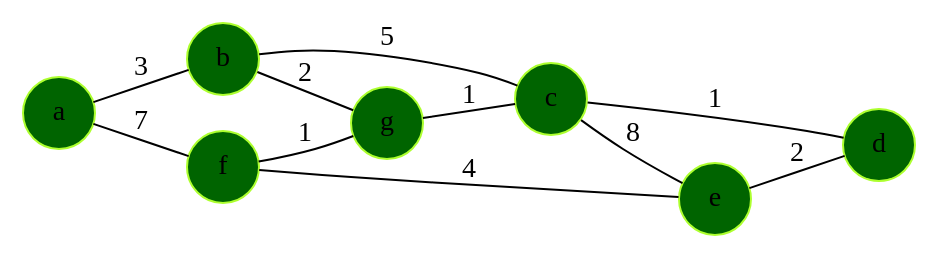
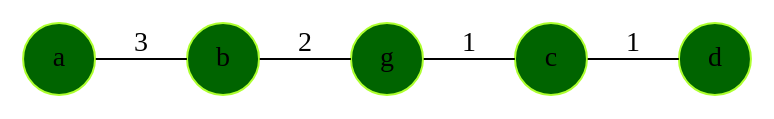
The diagram in graph.dot (Fernando-MGS/EDD_VirtualMall_201901849), drawn with Graphviz before and after one commit. The commit also changed 4 other files, not shown here.

```diff
--- a/graph.dot
+++ b/graph.dot
@@ -1,21 +1,13 @@
 digraph List {
 rankdir=LR;node [shape = circle, color=greenyellow , style=filled, fillcolor=darkgreen];Nodea[label="a"]
 Nodeb[label="b"]
-Nodef[label="f"]
 Nodeg[label="g"]
 Nodec[label="c"]
-Nodee[label="e"]
 Noded[label="d"]
 
 Nodea->Nodeb [arrowhead=none label=3];
-Nodea->Nodef [arrowhead=none label=7];
-Nodeb->Nodec [arrowhead=none label=5];
 Nodeb->Nodeg [arrowhead=none label=2];
-Nodef->Nodee [arrowhead=none label=4];
-Nodef->Nodeg [arrowhead=none label=1];
 Nodeg->Nodec [arrowhead=none label=1];
 Nodec->Noded [arrowhead=none label=1];
-Nodec->Nodee [arrowhead=none label=8];
-Nodee->Noded [arrowhead=none label=2];
 
 }
```
